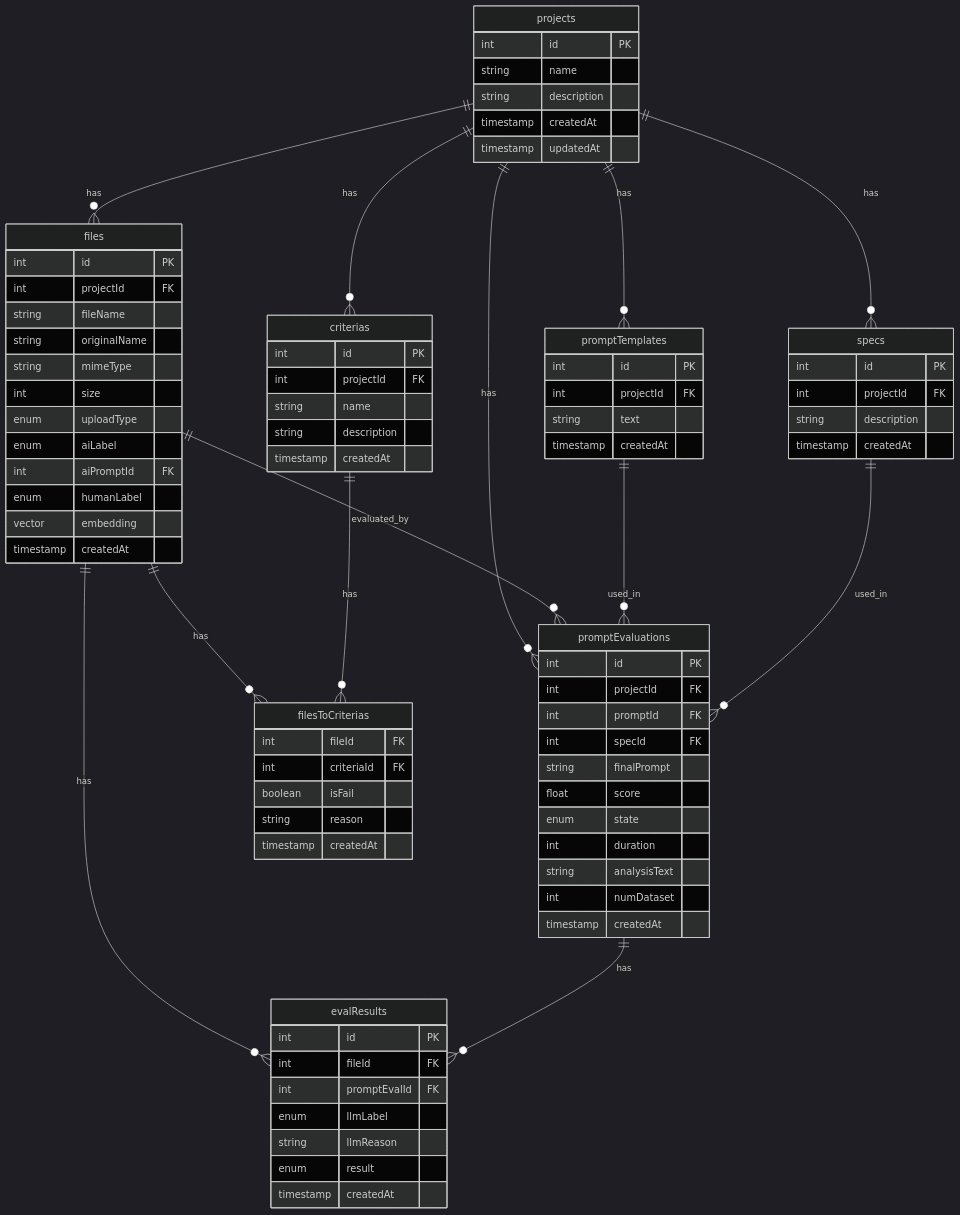
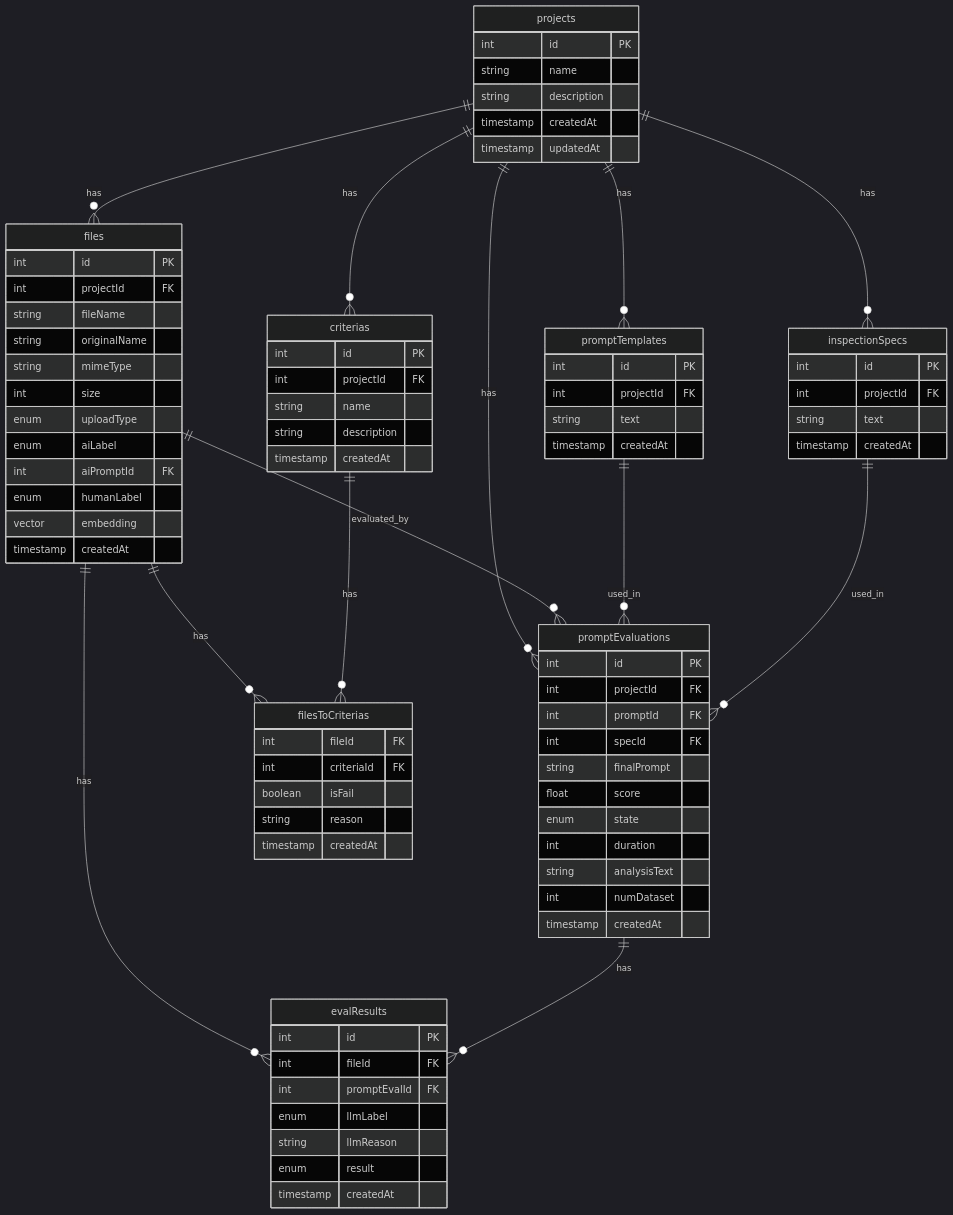
Before and after one commit to msrks/llmbox: the diagram in README.md, drawn with Mermaid (dark theme). The commit also changed 12 other files, not shown here.

First line of the commit message:
Refactor inspection specs with project-scoped actions and schema updates

```diff
--- a/README.md
+++ b/README.md
@@ -40,7 +40,7 @@
     projects ||--o{ files : "has"
     projects ||--o{ criterias : "has"
     projects ||--o{ promptTemplates : "has"
-    projects ||--o{ specs : "has"
+    projects ||--o{ inspectionSpecs : "has"
     projects ||--o{ promptEvaluations : "has"
 
     projects {
@@ -94,11 +94,11 @@
         timestamp createdAt
     }
 
-    specs ||--o{ promptEvaluations : "used_in"
-    specs {
+    inspectionSpecs ||--o{ promptEvaluations : "used_in"
+    inspectionSpecs {
         int id PK
         int projectId FK
-        string description
+        string text
         timestamp createdAt
     }
 
```
